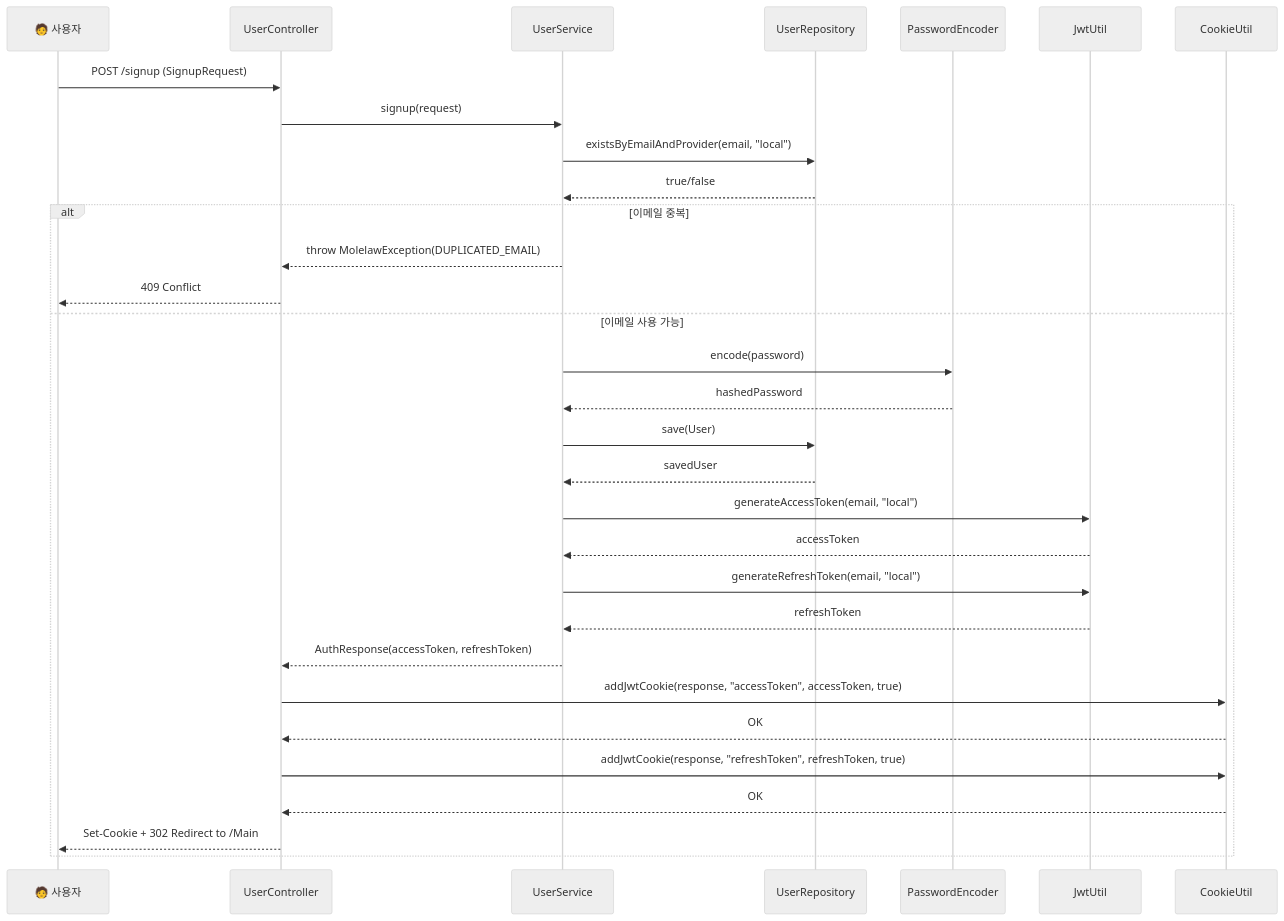
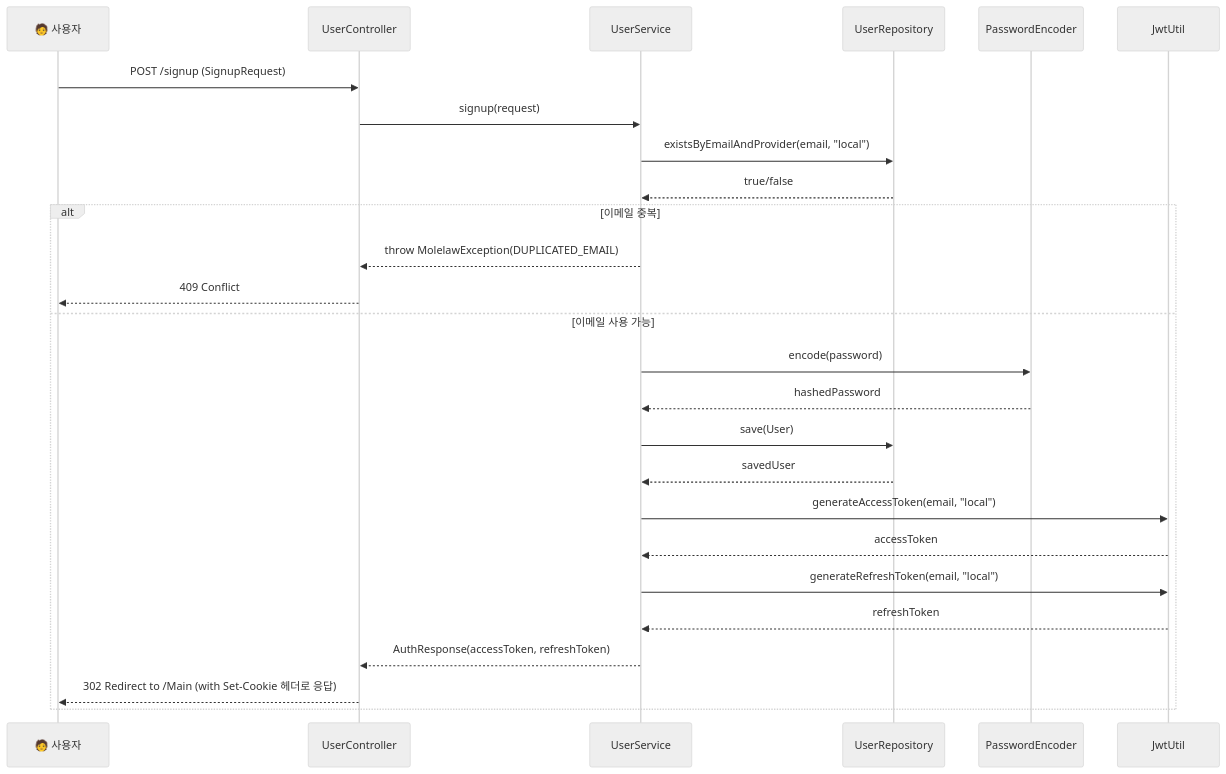
The second of 13 diagrams in README.md (ranpia/MoleLaw_backend), drawn with Mermaid (neutral theme) before and after one commit. The commit also changed other lines of this file, not shown here.

````diff
--- a/README.md
+++ b/README.md
@@ -104,44 +107,36 @@
 ```mermaid
 sequenceDiagram
   participant User as 🧑 사용자
   participant UserController
   participant UserService
   participant UserRepository
   participant PasswordEncoder
   participant JwtUtil
-  participant CookieUtil
 
   User->>UserController: POST /signup (SignupRequest)
-
   UserController->>UserService: signup(request)
 
   UserService->>UserRepository: existsByEmailAndProvider(email, "local")
   UserRepository-->>UserService: true/false
 
   alt 이메일 중복
     UserService-->>UserController: throw MolelawException(DUPLICATED_EMAIL)
     UserController-->>User: 409 Conflict
   else 이메일 사용 가능
     UserService->>PasswordEncoder: encode(password)
     PasswordEncoder-->>UserService: hashedPassword
 
     UserService->>UserRepository: save(User)
     UserRepository-->>UserService: savedUser
 
     UserService->>JwtUtil: generateAccessToken(email, "local")
     JwtUtil-->>UserService: accessToken
 
     UserService->>JwtUtil: generateRefreshToken(email, "local")
     JwtUtil-->>UserService: refreshToken
 
     UserService-->>UserController: AuthResponse(accessToken, refreshToken)
+    UserController-->>User: 302 Redirect to /Main (with Set-Cookie 헤더로 응답)
+  end
 
-    UserController->>CookieUtil: addJwtCookie(response, "accessToken", accessToken, true)
-    CookieUtil-->>UserController: OK
-
-    UserController->>CookieUtil: addJwtCookie(response, "refreshToken", refreshToken, true)
-    CookieUtil-->>UserController: OK
-
-    UserController-->>User: Set-Cookie + 302 Redirect to /Main
-  end
 ```
````
